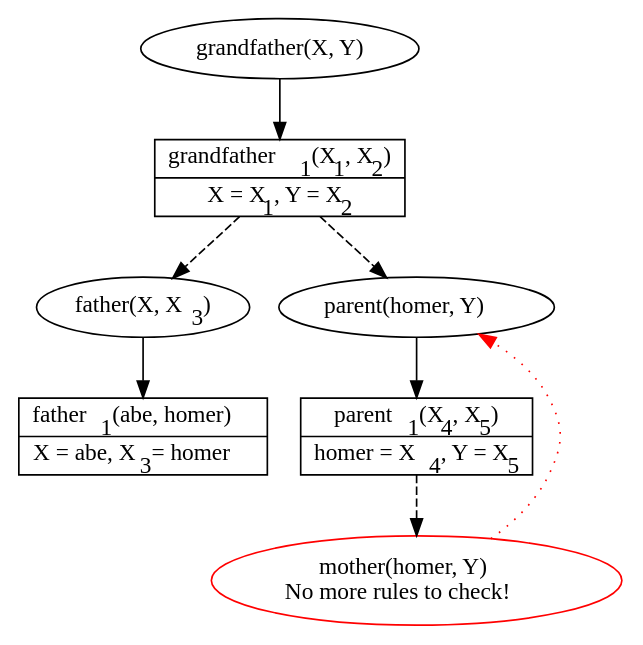
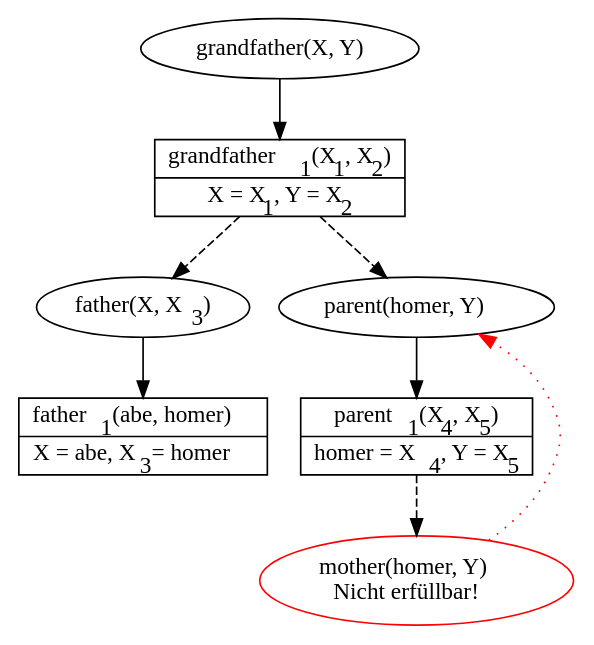
One commit to pbrinkmeier/viper changed the diagram in Documentation/Pflichtenheft/image/visualisation/09_mother_backtrack.gv. Above: the diagram before and after it, drawn with Graphviz. The commit also changed 12 other files, not shown here.

```diff
--- a/Documentation/Pflichtenheft/image/visualisation/09_mother_backtrack.gv
+++ b/Documentation/Pflichtenheft/image/visualisation/09_mother_backtrack.gv
@@ -1,43 +1,43 @@
 digraph VIPER_visualization_root {
     node [fontname = "Fira Mono"];
 
     root [label = "grandfather(X, Y)"];
     root_success [
         // enables having multiple boxes inside a node
         shape = record,
         // using < and > instead of quotes for delimiting a label makes it possible to use (a subset of) HTML in it
         // { A | B } makes A and B be in two separate boxes stacked on top of each other
         label = <{grandfather<sub>1</sub>(X<sub>1</sub>, X<sub>2</sub>)|X = X<sub>1</sub>, Y = X<sub>2</sub>}>
     ];
     subgoal1 [label = <father(X, X<sub>3</sub>)>];
     subgoal2 [label = <parent(homer, Y)>];
     subgoal1_success [
         shape = record,
         label = <{father<sub>1</sub>(abe, homer)|X = abe, X<sub>3</sub> = homer}>
     ];
     subgoal2_success [
         shape = record,
         label = <{parent<sub>1</sub>(X<sub>4</sub>, X<sub>5</sub>)|homer = X<sub>4</sub>, Y = X<sub>5</sub>}>
     ];
     subgoal2_success_mother [
         color = red,
-        label = <mother(homer, Y)<br />No more rules to check!>
+        label = <mother(homer, Y)<br />Nicht erfüllbar!>
     ];
 
     // this ensures that subgoal1 is always left of subgoal2
     // and that they are always on the same level
     // try commenting the rank = same line and see what happens
     {rank = same; subgoal1; subgoal2}
     subgoal1 -> subgoal2 [style = invis];
 
     root -> root_success;
     root_success -> subgoal1 [style = dashed];
     root_success -> subgoal2 [style = dashed];
     subgoal1 -> subgoal1_success;
     subgoal2 -> subgoal2_success;
     subgoal2_success -> subgoal2_success_mother [style = dashed];
     // constraint = false ignores any rank constraints added by this edge
     // without disabling it, graphviz might try to arrange this node halfway
     // between the two nodes connected to it
     subgoal2_success_mother -> subgoal2 [style = dotted, color = red, constraint = false];
 }
```
